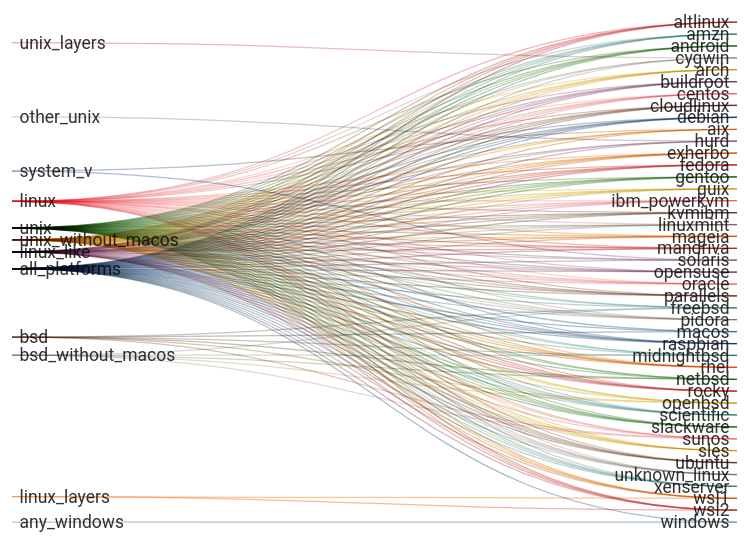
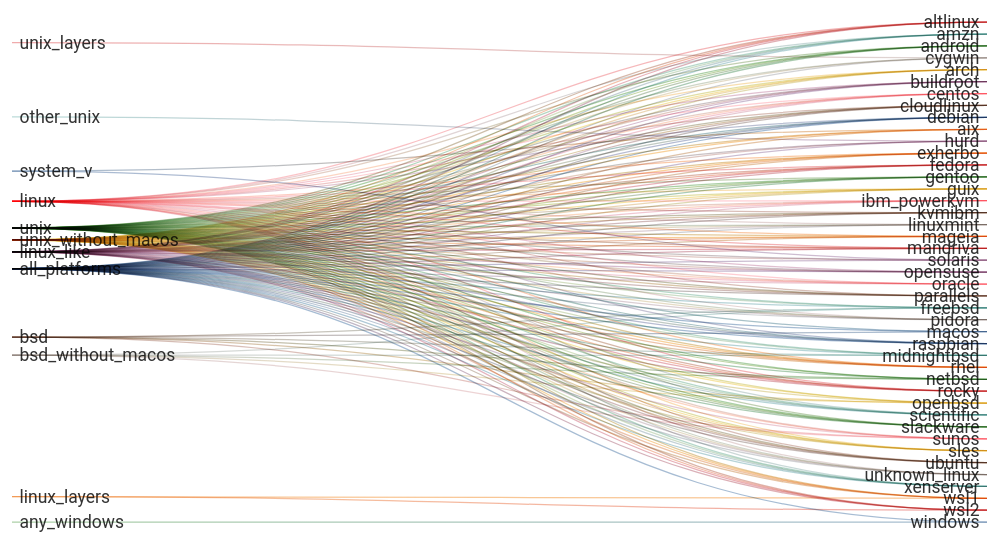
The first of 3 diagrams in readme.md (kdeldycke/extra-platforms), drawn with Mermaid before and after one commit. The commit also changed 4 other files, not shown here.

First line of the commit message:
Use YAML frontmatter to configure Sankey diagram.

```diff
--- a/readme.md
+++ b/readme.md
@@ -162,6 +162,8 @@
 config:
   sankey:
     showValues: false
+    width: 800
+    height: 400
 ---
 sankey-beta
 
```
